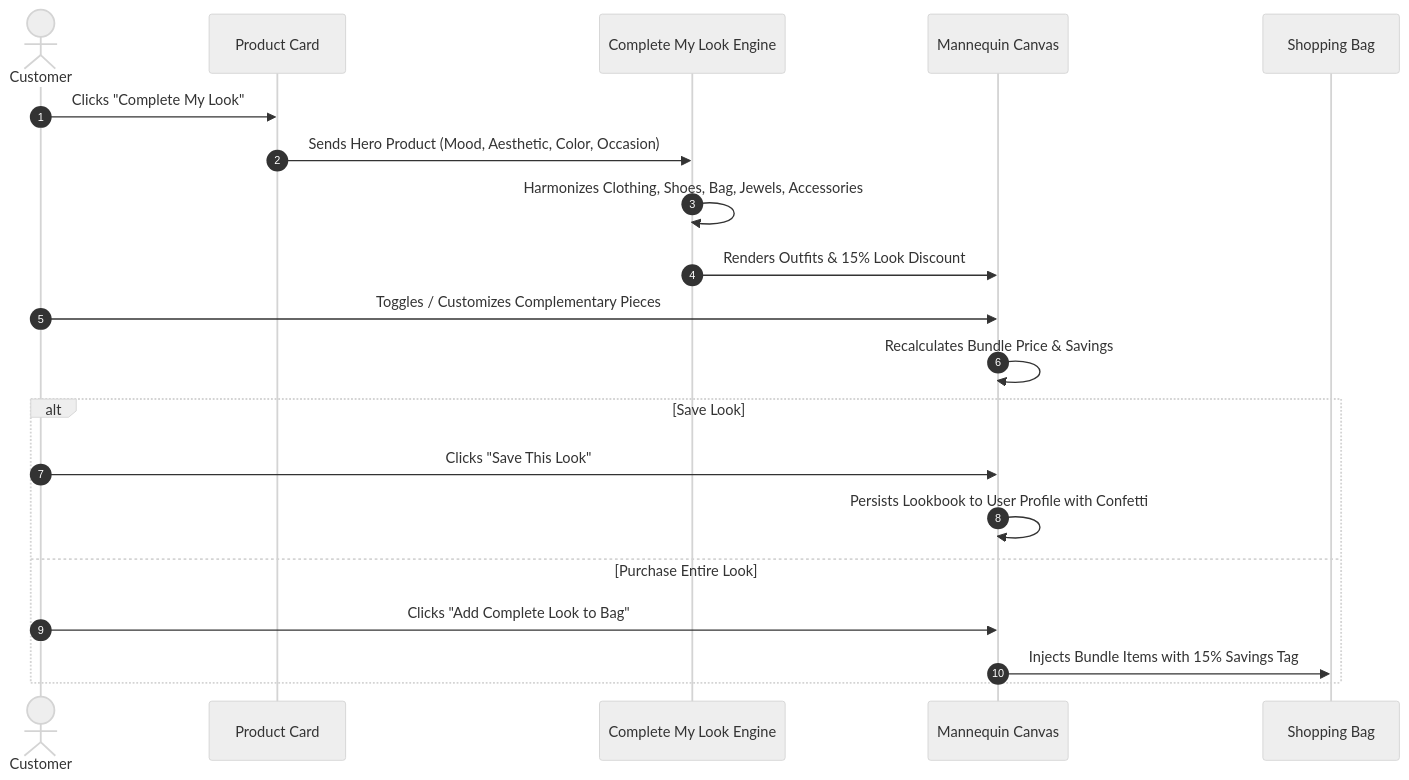
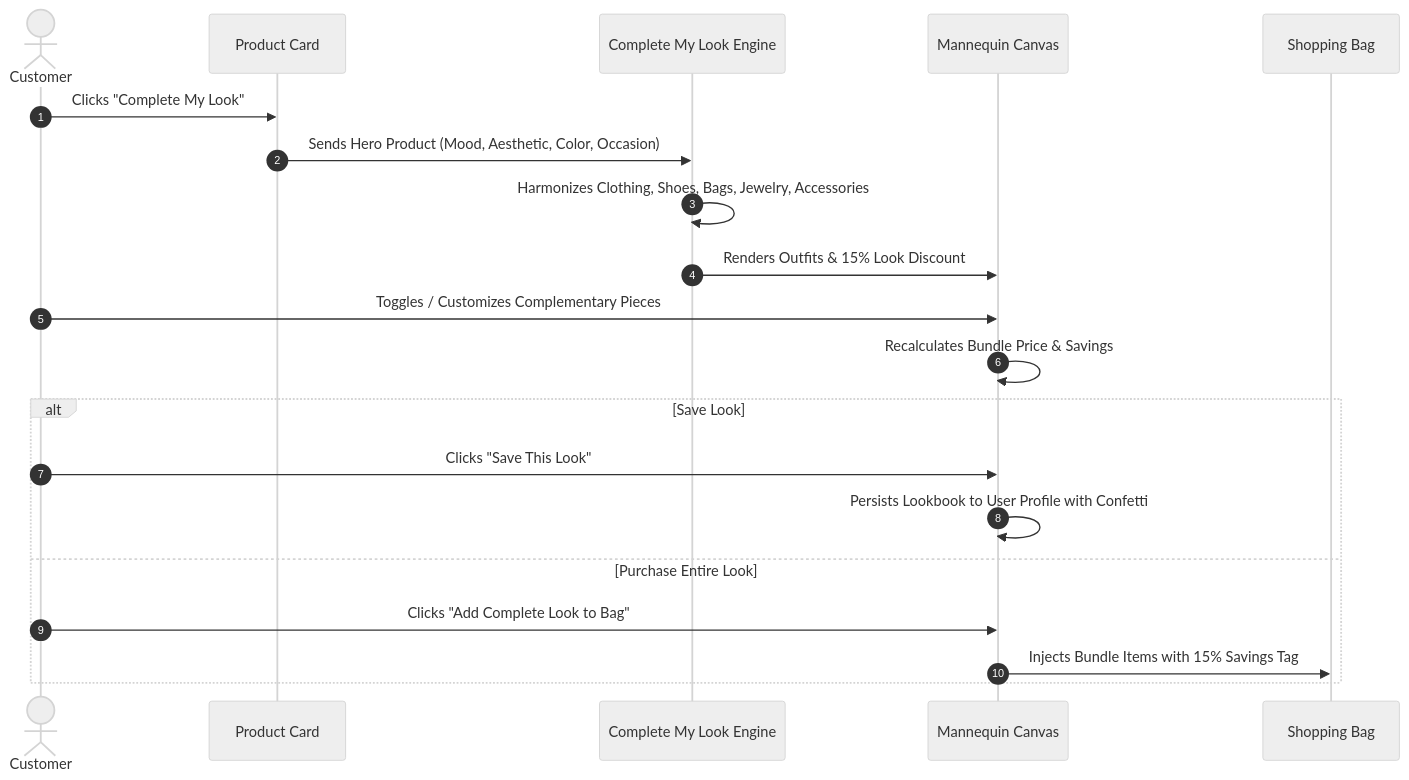
One commit to Snigdha-0210/shopping changed the second of 2 diagrams in README.md. Above: the diagram before and after it, drawn with Mermaid (neutral theme). The commit also changed other lines of this file, not shown here.

Commit message:
docs: Enhance README with visual gallery, architecture flowcharts, and 10-moods matrix

````diff
--- a/README.md
+++ b/README.md
@@ -125,23 +168,23 @@
 ```mermaid
 sequenceDiagram
     autonumber
     actor Customer
     participant Card as Product Card
     participant Stylist as Complete My Look Engine
     participant Canvas as Mannequin Canvas
     participant Bag as Shopping Bag
 
     Customer->>Card: Clicks "Complete My Look"
     Card->>Stylist: Sends Hero Product (Mood, Aesthetic, Color, Occasion)
-    Stylist->>Stylist: Harmonizes Clothing, Shoes, Bag, Jewels, Accessories
+    Stylist->>Stylist: Harmonizes Clothing, Shoes, Bags, Jewelry, Accessories
     Stylist->>Canvas: Renders Outfits & 15% Look Discount
     Customer->>Canvas: Toggles / Customizes Complementary Pieces
     Canvas->>Canvas: Recalculates Bundle Price & Savings
     alt Save Look
         Customer->>Canvas: Clicks "Save This Look"
         Canvas->>Canvas: Persists Lookbook to User Profile with Confetti
     else Purchase Entire Look
         Customer->>Canvas: Clicks "Add Complete Look to Bag"
         Canvas->>Bag: Injects Bundle Items with 15% Savings Tag
     end
 ```
````
